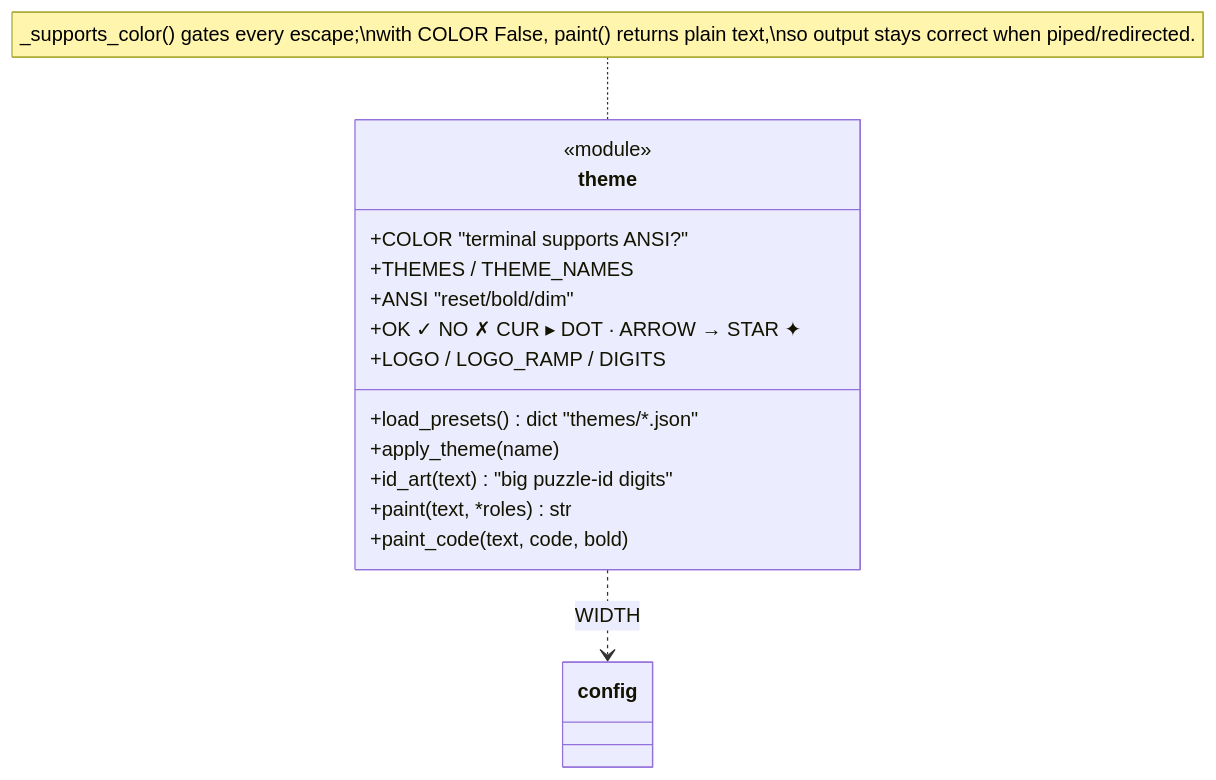
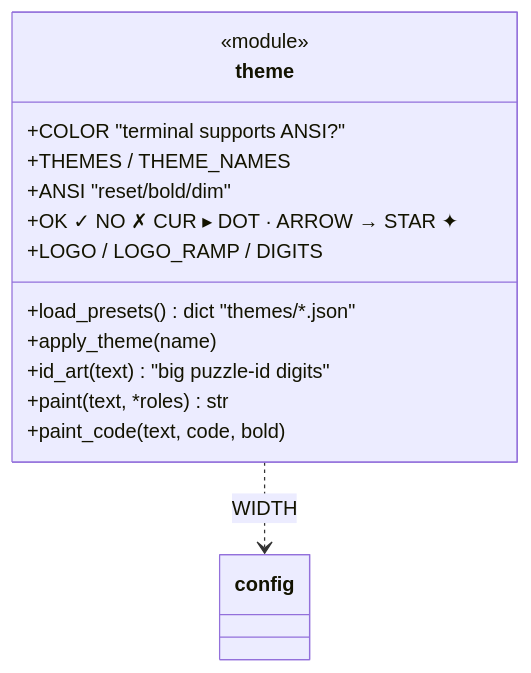
Before and after one commit to N041M/PyQuest: the second of 4 diagrams in docs/architecture/visuals.md, drawn with Mermaid. The commit also changed other lines of this file and 5 other files, not shown here.

First line of the commit message:
Polish architecture diagrams; add puzzle-consumption view

````diff
--- a/docs/architecture/visuals.md
+++ b/docs/architecture/visuals.md
@@ -24,18 +24,17 @@
 ```mermaid
 classDiagram
     class theme {
         <<module>>
         +COLOR  "terminal supports ANSI?"
         +THEMES / THEME_NAMES
         +ANSI  "reset/bold/dim"
         +OK ✓  NO ✗  CUR ▸  DOT ·  ARROW →  STAR ✦
         +LOGO / LOGO_RAMP / DIGITS
         +load_presets() dict  "themes/*.json"
         +apply_theme(name)
         +id_art(text)  "big puzzle-id digits"
         +paint(text, *roles) str
         +paint_code(text, code, bold)
     }
     theme ..> config : WIDTH
-    note for theme "_supports_color() gates every escape;\nwith COLOR False, paint() returns plain text,\nso output stays correct when piped/redirected."
 ```
````
